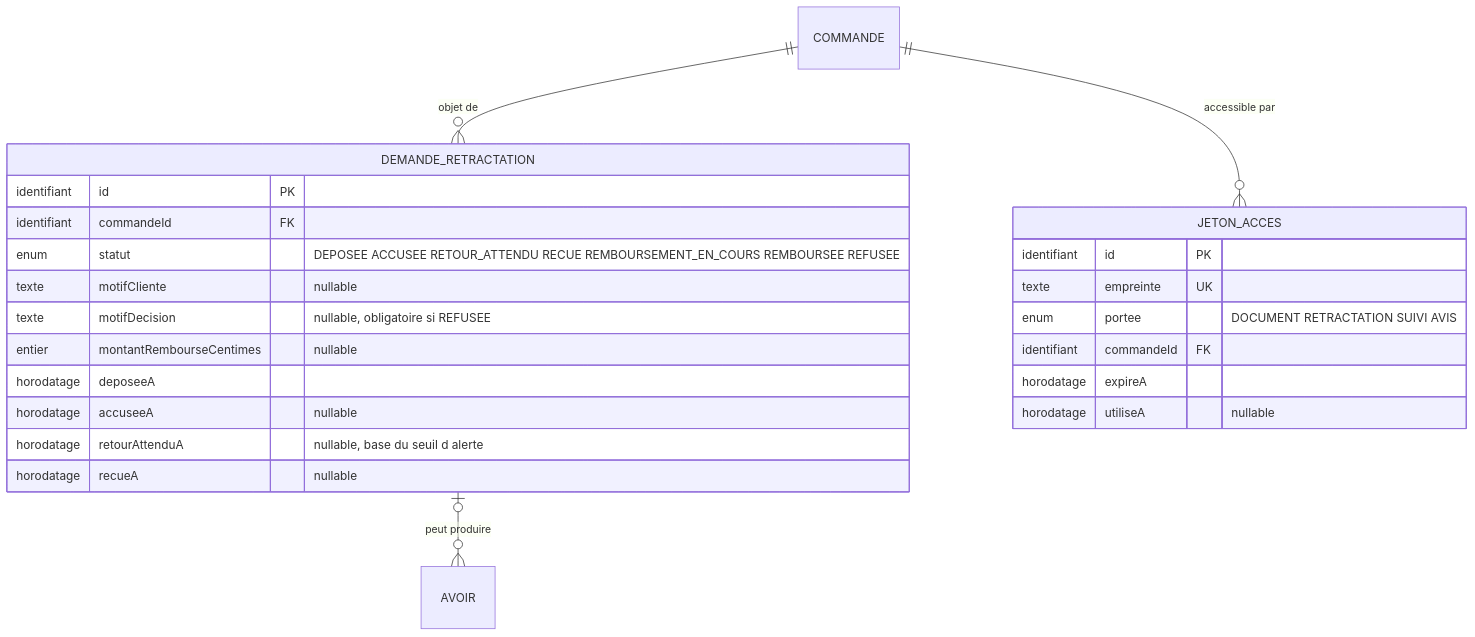
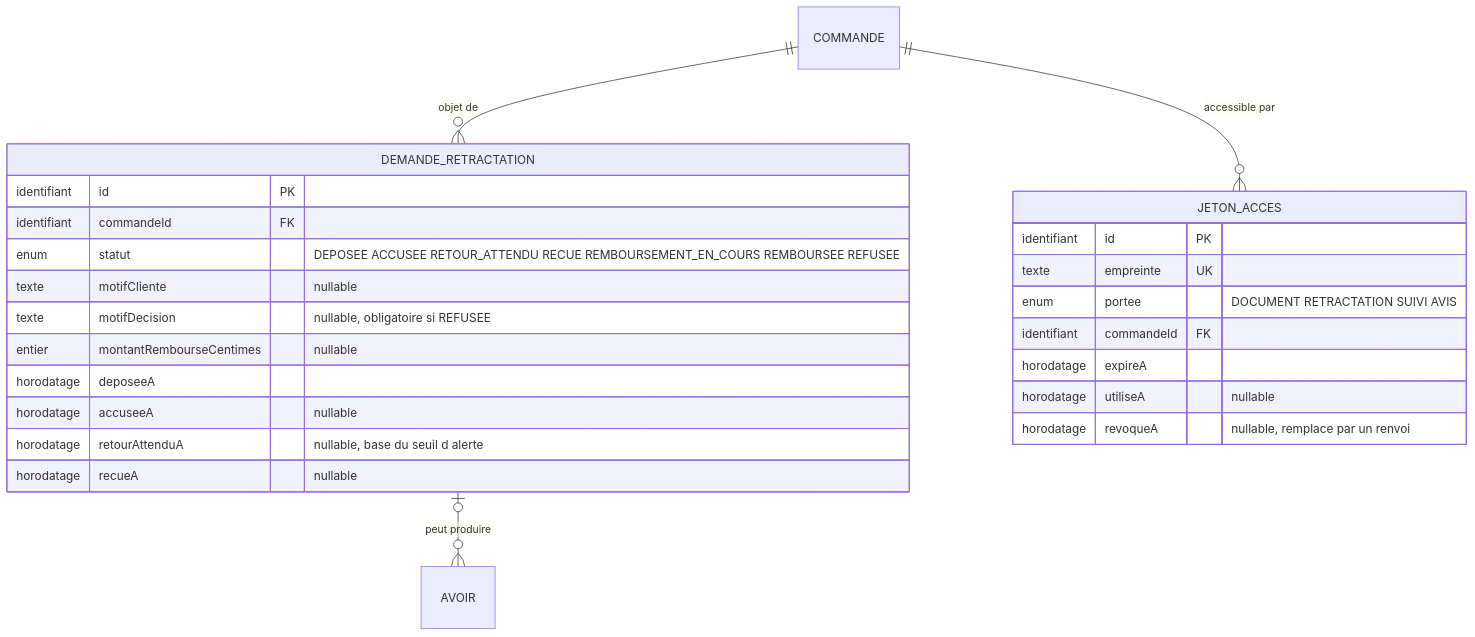
The seventh of 9 diagrams in docs/architecture/MODELE-CONCEPTUEL.md (krismos64/lune-soleil), drawn with Mermaid before and after one commit. The commit also changed other lines of this file and 2 other files, not shown here.

````diff
--- a/docs/architecture/MODELE-CONCEPTUEL.md
+++ b/docs/architecture/MODELE-CONCEPTUEL.md
@@ -687,27 +704,28 @@
 ```mermaid
 erDiagram
     COMMANDE ||--o{ DEMANDE_RETRACTATION : "objet de"
     COMMANDE ||--o{ JETON_ACCES : "accessible par"
     DEMANDE_RETRACTATION |o--o{ AVOIR : "peut produire"
 
     DEMANDE_RETRACTATION {
         identifiant id PK
         identifiant commandeId FK
         enum statut "DEPOSEE ACCUSEE RETOUR_ATTENDU RECUE REMBOURSEMENT_EN_COURS REMBOURSEE REFUSEE"
         texte motifCliente "nullable"
         texte motifDecision "nullable, obligatoire si REFUSEE"
         entier montantRembourseCentimes "nullable"
         horodatage deposeeA
         horodatage accuseeA "nullable"
         horodatage retourAttenduA "nullable, base du seuil d alerte"
         horodatage recueA "nullable"
     }
     JETON_ACCES {
         identifiant id PK
         texte empreinte UK
         enum portee "DOCUMENT RETRACTATION SUIVI AVIS"
         identifiant commandeId FK
         horodatage expireA
         horodatage utiliseA "nullable"
+        horodatage revoqueA "nullable, remplace par un renvoi"
     }
 ```
````
